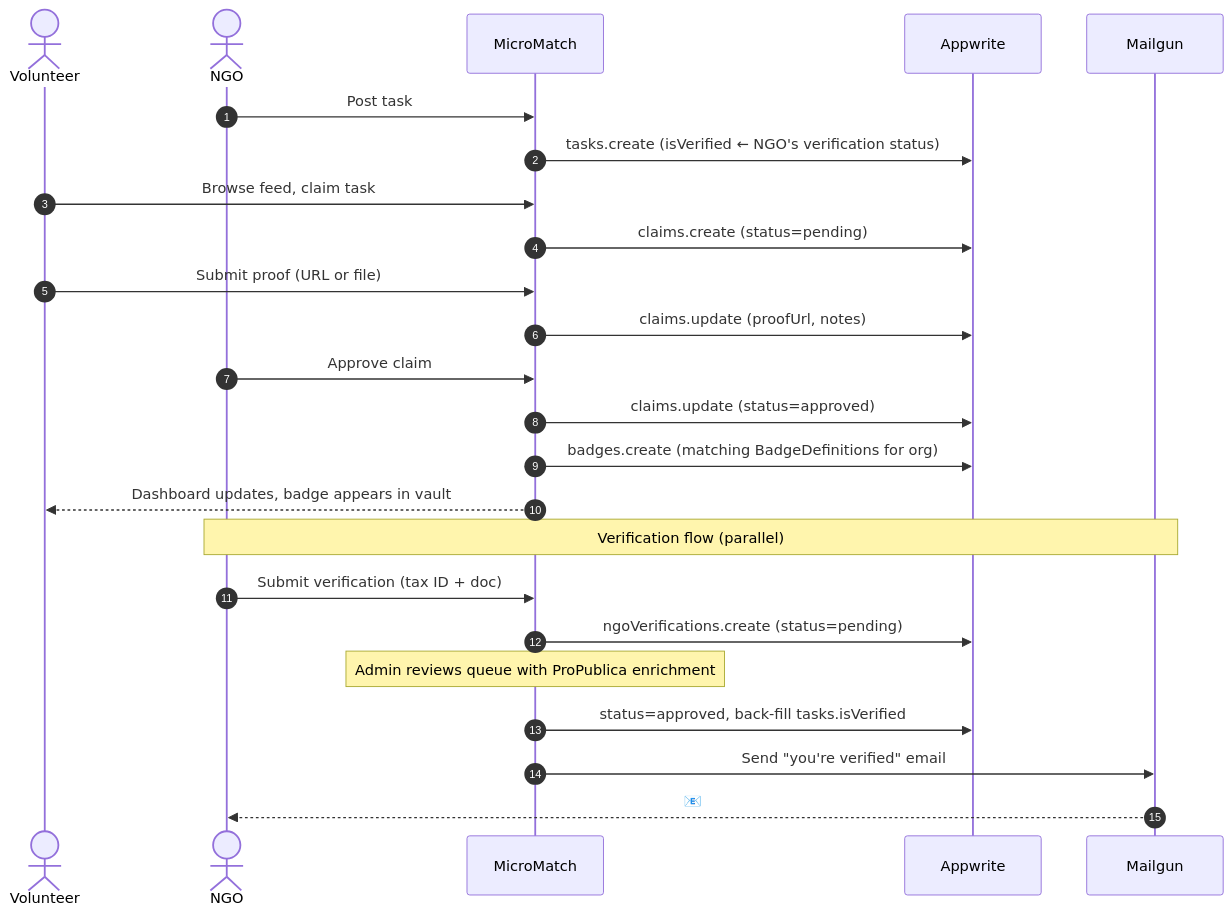
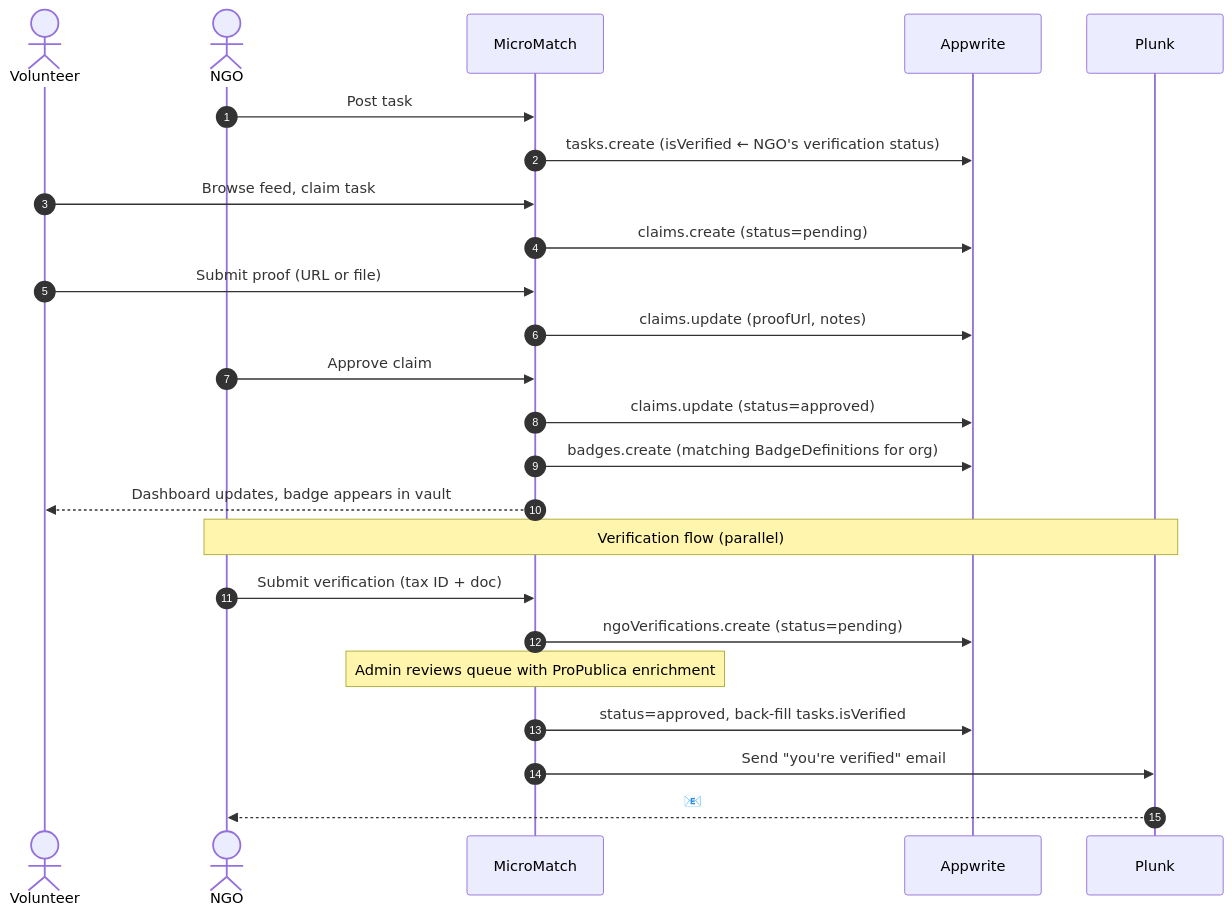
The diagram in README.md (Builder106/micro-match), drawn with Mermaid before and after one commit. The commit also changed other lines of this file and 5 other files, not shown here.

````diff
--- a/README.md
+++ b/README.md
@@ -95,31 +95,31 @@
 ```mermaid
 sequenceDiagram
   autonumber
   actor V as Volunteer
   actor N as NGO
   participant App as MicroMatch
   participant DB as Appwrite
-  participant Mail as Mailgun
+  participant Mail as Plunk
 
   N->>App: Post task
   App->>DB: tasks.create (isVerified ← NGO's verification status)
 
   V->>App: Browse feed, claim task
   App->>DB: claims.create (status=pending)
 
   V->>App: Submit proof (URL or file)
   App->>DB: claims.update (proofUrl, notes)
 
   N->>App: Approve claim
   App->>DB: claims.update (status=approved)
   App->>DB: badges.create (matching BadgeDefinitions for org)
   App-->>V: Dashboard updates, badge appears in vault
 
   Note over N,Mail: Verification flow (parallel)
   N->>App: Submit verification (tax ID + doc)
   App->>DB: ngoVerifications.create (status=pending)
   Note over App: Admin reviews queue with ProPublica enrichment
   App->>DB: status=approved, back-fill tasks.isVerified
   App->>Mail: Send "you're verified" email
   Mail-->>N: 📧
 ```
````
